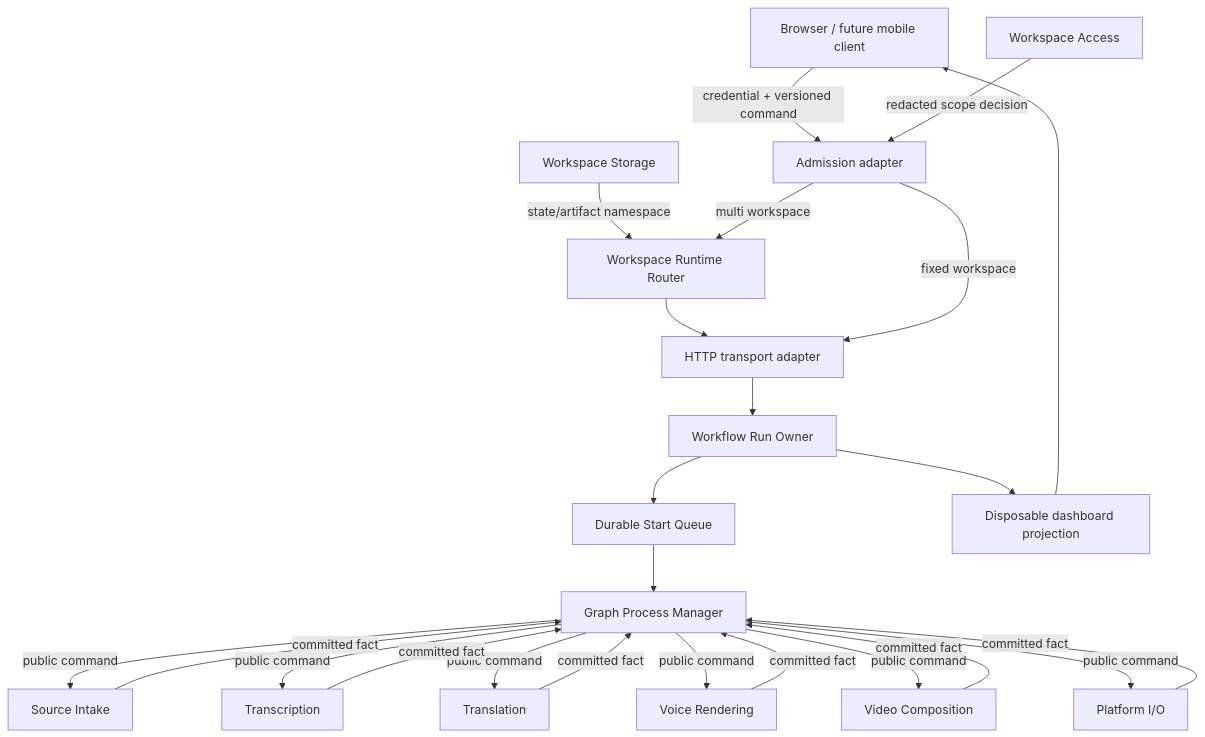
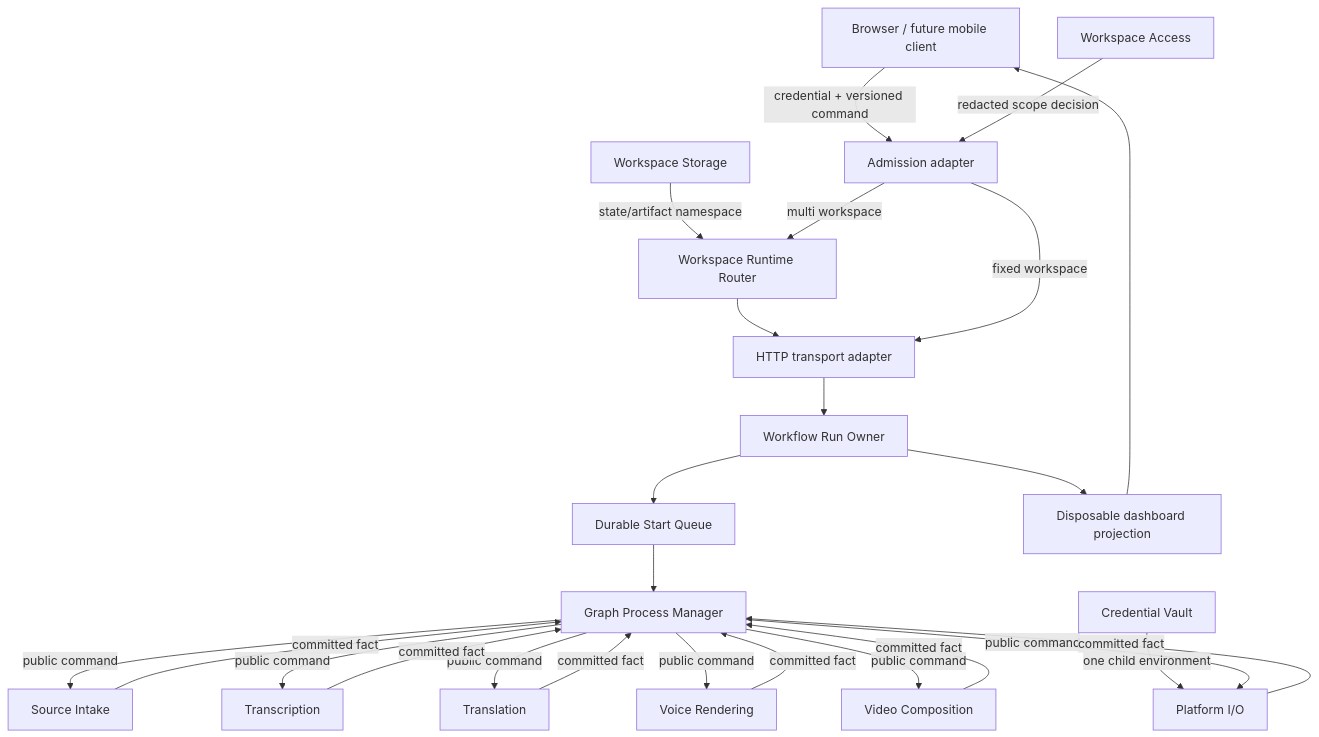
Before and after one commit to wohuishuo/cc-video-pipeline: the first of 2 diagrams in docs/project/architecture/system-component-map.md, drawn with Mermaid. The commit also changed other lines of this file and 31 other files, not shown here.

Commit message:
feat: add local credential vault MVP

````diff
--- a/docs/project/architecture/system-component-map.md
+++ b/docs/project/architecture/system-component-map.md
@@ -5,26 +5,27 @@
 ```mermaid
 flowchart TB
     Client["Browser / future mobile client"] -->|"credential + versioned command"| Admission["Admission adapter"]
     Access["Workspace Access"] -->|"redacted scope decision"| Admission
     Storage["Workspace Storage"] -->|"state/artifact namespace"| Router["Workspace Runtime Router"]
+    Vault["Credential Vault"] -->|"one child environment"| Publish["Platform I/O"]
     Admission -->|"multi workspace"| Router
     Router --> HTTP
     Admission -->|"fixed workspace"| HTTP["HTTP transport adapter"]
     HTTP --> Run["Workflow Run Owner"]
     Run --> Queue["Durable Start Queue"]
     Queue --> Process["Graph Process Manager"]
     Process -->|public command| Intake["Source Intake"]
     Process -->|public command| Transcript["Transcription"]
     Process -->|public command| Translation["Translation"]
     Process -->|public command| Voice["Voice Rendering"]
     Process -->|public command| Compose["Video Composition"]
     Process -->|public command| Publish["Platform I/O"]
     Intake -->|committed fact| Process
     Transcript -->|committed fact| Process
     Translation -->|committed fact| Process
     Voice -->|committed fact| Process
     Compose -->|committed fact| Process
     Publish -->|committed fact| Process
     Run --> Projection["Disposable dashboard projection"]
     Projection --> Client
 ```
````
